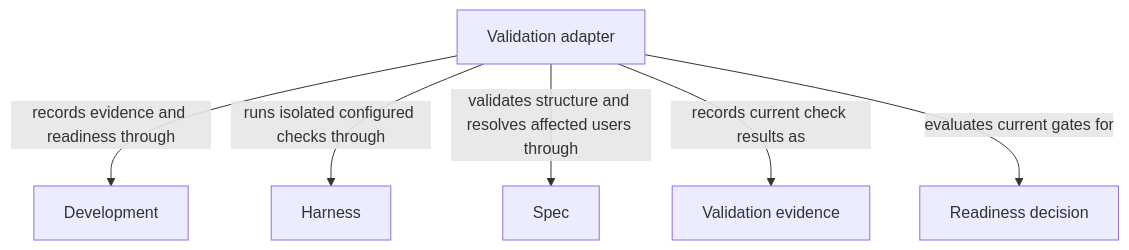
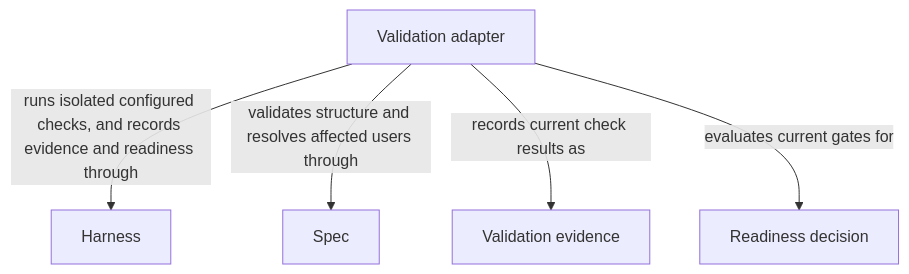
Before and after one commit to FTOD/concorde: the diagram in specs/concorde/validation/module.md, drawn with Mermaid. The commit also changed other lines of this file and 82 other files, not shown here.

````diff
--- a/specs/concorde/validation/module.md
+++ b/specs/concorde/validation/module.md
@@ -72,16 +72,14 @@
 ```mermaid
 flowchart TB
     accTitle: Validation entities and dependencies
     accDescr: Validation resolves affected users and validates Spec structure, runs configured checks through the isolated Harness executor and records evidence and readiness decisions through the host.
     e0["Validation adapter"]
-    e1["Development"]
     e2["Harness"]
     e3["Spec"]
-    e0 -->|records evidence and readiness through| e1
-    e0 -->|runs isolated configured checks through| e2
+    e0 -->|runs isolated configured checks, and records evidence and readiness through| e2
     e0 -->|validates structure and resolves affected users through| e3
     domain_evidence["Validation evidence"]
     e0 -->|records current check results as| domain_evidence
     domain_readiness["Readiness decision"]
     e0 -->|evaluates current gates for| domain_readiness
 ```
````
